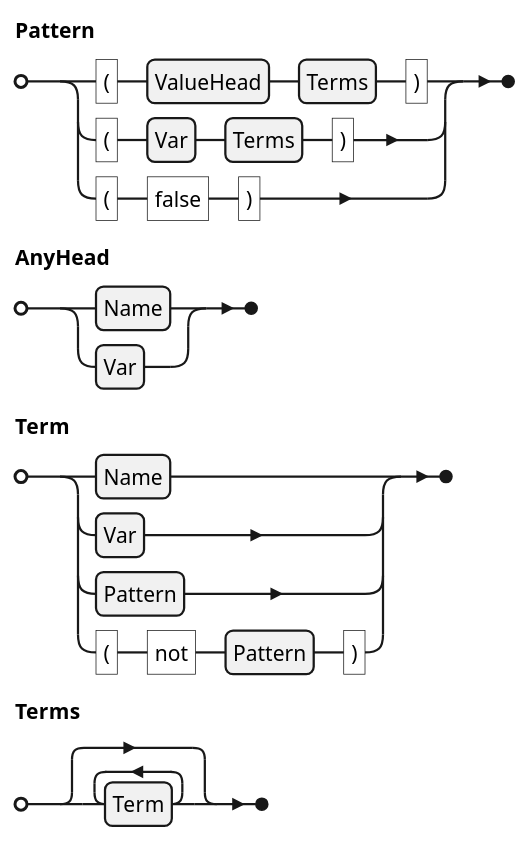
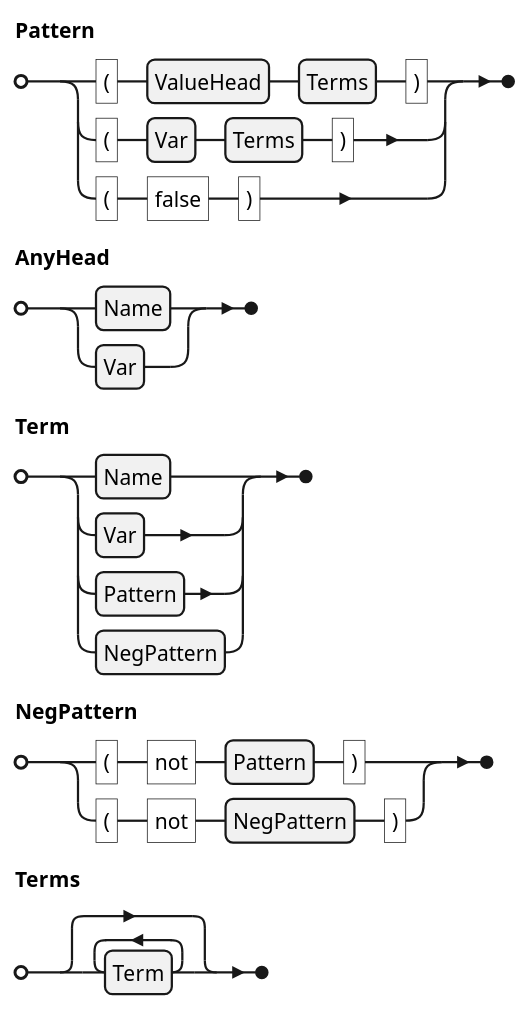
Before and after one commit to agutikov/ein: the diagram in docs/ein/user/04-reference/diagrams/01-grammar-phrase-pattern.puml, drawn with PlantUML. The commit also changed 45 other files, not shown here.

```diff
--- a/docs/ein/user/04-reference/diagrams/01-grammar-phrase-pattern.puml
+++ b/docs/ein/user/04-reference/diagrams/01-grammar-phrase-pattern.puml
@@ -1,6 +1,7 @@
 @startebnf
 Pattern = "(" , ValueHead , Terms , ")" | "(" , Var , Terms , ")" | "(" , "false" , ")" ;
 AnyHead = Name | Var ;
-Term = Name | Var | Pattern | "(" , "not" , Pattern , ")" ;
+Term = Name | Var | Pattern | NegPattern ;
+NegPattern = "(" , "not" , Pattern , ")" | "(" , "not" , NegPattern , ")" ;
 Terms = { Term } ;
 @endebnf
```
